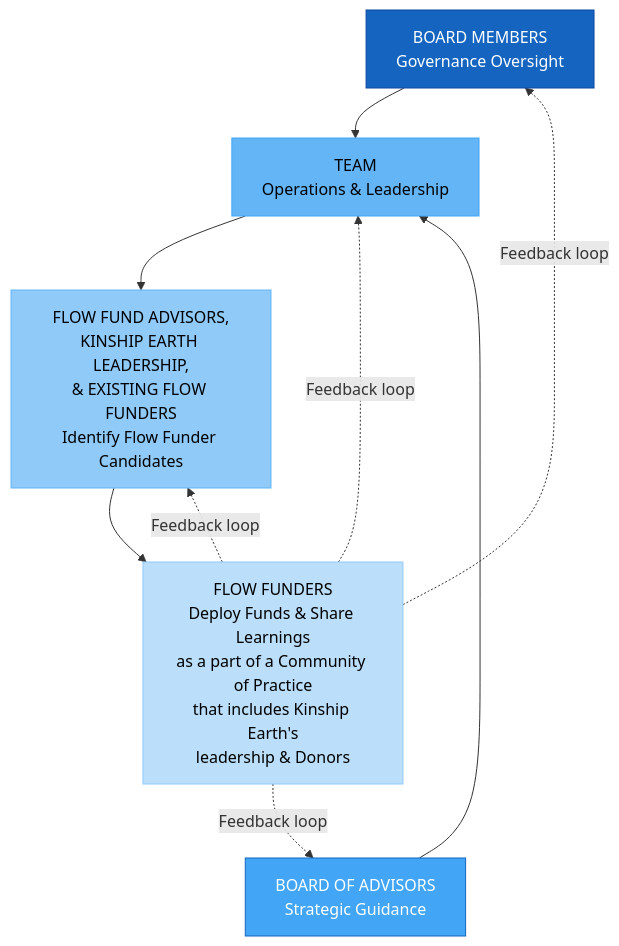
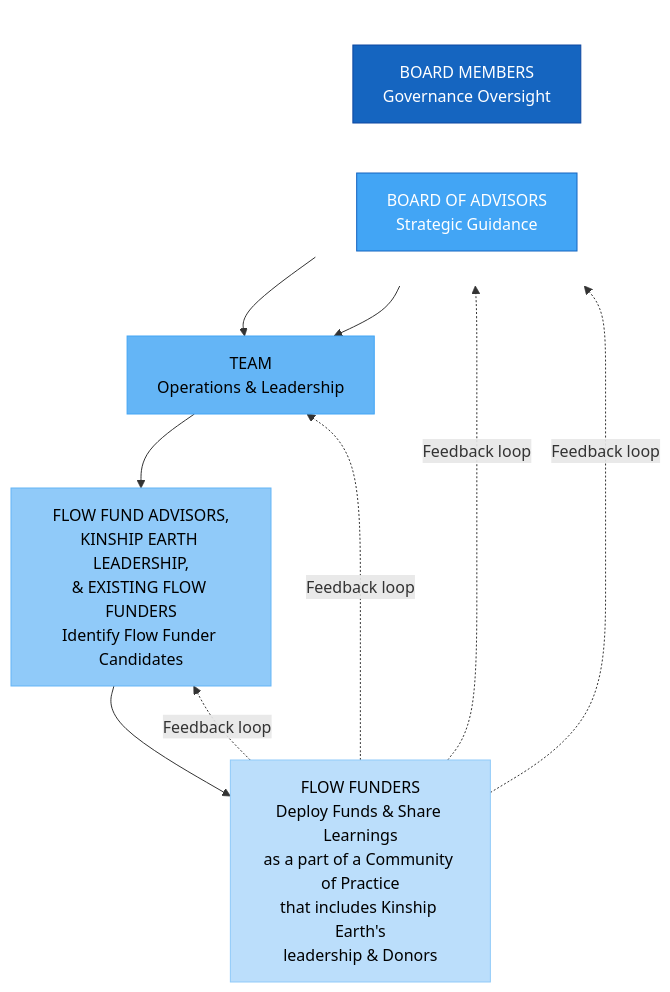
The third of 4 diagrams in kinship-earth/EXECUTIVE-SUMMARY.md (Light-Brands/sydney), drawn with Mermaid before and after one commit.

Commit message:
Reorganize governance diagram: place Board Members and Board of Advisors side by side
Use a subgraph with direction LR to explicitly force both boards to render
at the same level (parallel) at the top of the governance chart, each
pointing down to the Team node.

https://claude.ai/code/session_0128MEdDvwMt2MBE7TTSq6pF

````diff
--- a/kinship-earth/EXECUTIVE-SUMMARY.md
+++ b/kinship-earth/EXECUTIVE-SUMMARY.md
@@ -172,22 +172,27 @@
 ```mermaid
 flowchart TD
-    BOARD["BOARD MEMBERS<br/>Governance Oversight"]
-    BOA["BOARD OF ADVISORS<br/>Strategic Guidance"]
+    subgraph TOP [" "]
+        direction LR
+        BOARD["BOARD MEMBERS<br/>Governance Oversight"]
+        BOA["BOARD OF ADVISORS<br/>Strategic Guidance"]
+    end
     TEAM["TEAM<br/>Operations & Leadership"]
     FFA["FLOW FUND ADVISORS,<br/>KINSHIP EARTH LEADERSHIP,<br/>& EXISTING FLOW FUNDERS<br/>Identify Flow Funder Candidates"]
     FF["FLOW FUNDERS<br/>Deploy Funds & Share Learnings<br/>as a part of a Community of Practice<br/>that includes Kinship Earth's<br/>leadership & Donors"]
 
-    BOARD & BOA --> TEAM
+    BOARD --> TEAM
+    BOA --> TEAM
     TEAM --> FFA
     FFA --> FF
     FF -.->|"Feedback loop"| TEAM
     FF -.->|"Feedback loop"| BOARD
     FF -.->|"Feedback loop"| BOA
     FF -.->|"Feedback loop"| FFA
 
+    style TOP fill:none,stroke:none
     style BOARD fill:#1565C0,stroke:#0D47A1,color:#fff
     style BOA fill:#42A5F5,stroke:#1565C0,color:#fff
     style TEAM fill:#64B5F6,stroke:#42A5F5,color:#000
     style FFA fill:#90CAF9,stroke:#64B5F6,color:#000
     style FF fill:#BBDEFB,stroke:#90CAF9,color:#000
 ```
````
